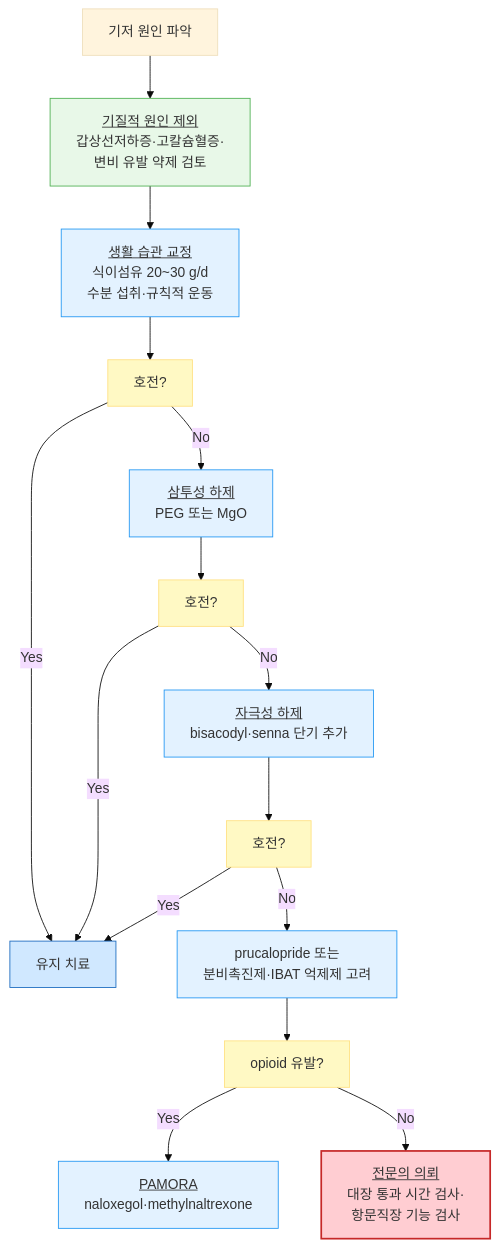
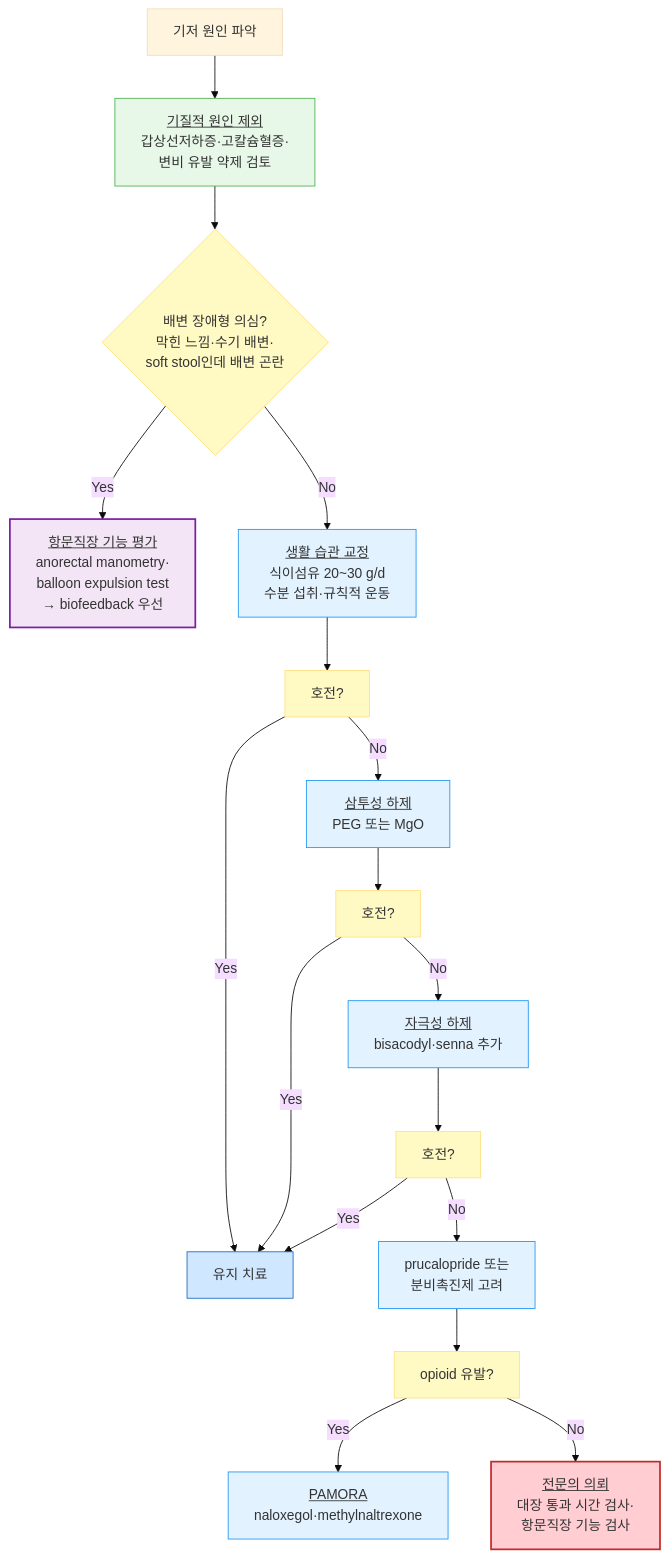
One commit to familyoh77/familyoh77 changed the diagram in 224_/082_-constipation.md. Above: the diagram before and after it, drawn with Mermaid (base theme). The commit also changed other lines of this file, not shown here.

````diff
--- a/224_/082_-constipation.md
+++ b/224_/082_-constipation.md
@@ -110,25 +117,28 @@
 ```mermaid
 graph TD
     B[기저 원인 파악]
     B --> C[<u>기질적 원인 제외</u><br/>갑상선저하증·고칼슘혈증·<br/>변비 유발 약제 검토]
-    C --> D[<u>생활 습관 교정</u><br/>식이섬유 20~30 g/d<br/>수분 섭취·규칙적 운동]
+    C --> DYS{배변 장애형 의심?<br/>막힌 느낌·수기 배변·<br/>soft stool인데 배변 곤란}
+    DYS -->|Yes| BF[<u>항문직장 기능 평가</u><br/>anorectal manometry·<br/>balloon expulsion test<br/>→ biofeedback 우선]
+    DYS -->|No| D[<u>생활 습관 교정</u><br/>식이섬유 20~30 g/d<br/>수분 섭취·규칙적 운동]
     D --> E[호전?]
     E -->|No| F[<u>삼투성 하제</u><br/>PEG 또는 MgO]
     E -->|Yes| Z[유지 치료]
     F --> G[호전?]
-    G -->|No| H[<u>자극성 하제</u><br/>bisacodyl·senna 단기 추가]
+    G -->|No| H[<u>자극성 하제</u><br/>bisacodyl·senna 추가]
     G -->|Yes| Z
     H --> I[호전?]
-    I -->|No| J[prucalopride 또는<br/>분비촉진제·IBAT 억제제 고려]
+    I -->|No| J[prucalopride 또는<br/>분비촉진제 고려]
     I -->|Yes| Z
     J --> K[opioid 유발?]
     K -->|Yes| L[<u>PAMORA</u><br/>naloxegol·methylnaltrexone]
     K -->|No| M[<u>전문의 의뢰</u><br/>대장 통과 시간 검사·<br/>항문직장 기능 검사]
 classDef yellow fill:#fff9c4,stroke:#ffe082
-class E,G,I,K yellow
+class E,G,I,K,DYS yellow
 classDef sky fill:#e3f2ff,stroke:#2196f3
 class D,F,H,J,L sky
     style C fill:#e8f8e8,stroke:#4caf50
+    style BF fill:#f3e5f5,stroke:#7b1fa2,stroke-width:2px
     style Z fill:#d0e8ff,stroke:#1a6abf
     style M fill:#ffcdd2,stroke:#c62828,stroke-width:2px
 ```
````
